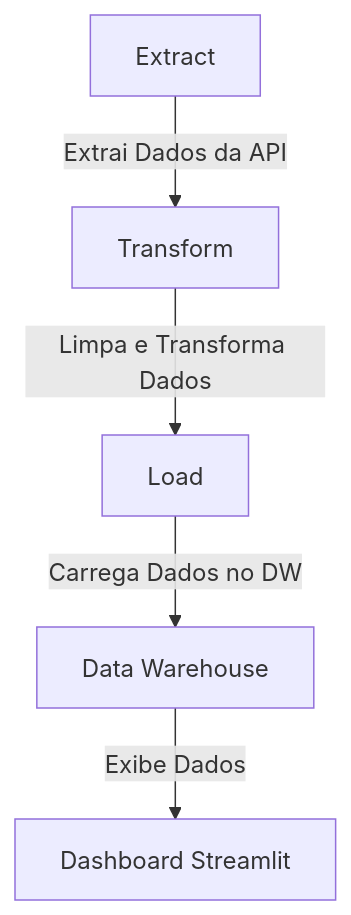
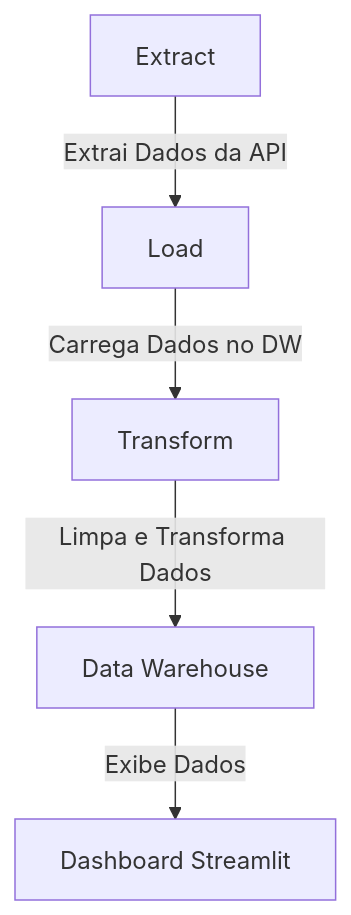
Before and after one commit to lvgalvao/workshop-aberto-dw-do-zero: the second of 2 diagrams in README.md, drawn with Mermaid. The commit also changed other lines of this file and 2 other files, not shown here.

````diff
--- a/README.md
+++ b/README.md
@@ -49,7 +59,7 @@
 ```mermaid
 graph TD;
-    A[Extract] -->|Extrai Dados da API| B[Transform]
-    B -->|Limpa e Transforma Dados| C[Load]
-    C -->|Carrega Dados no DW| D[Data Warehouse]
+    A[Extract] -->|Extrai Dados da API| B[Load]
+    B -->|Carrega Dados no DW| C[Transform]
+    C -->|Limpa e Transforma Dados| D[Data Warehouse]
     D -->|Exibe Dados| E[Dashboard Streamlit]
 ```
````
